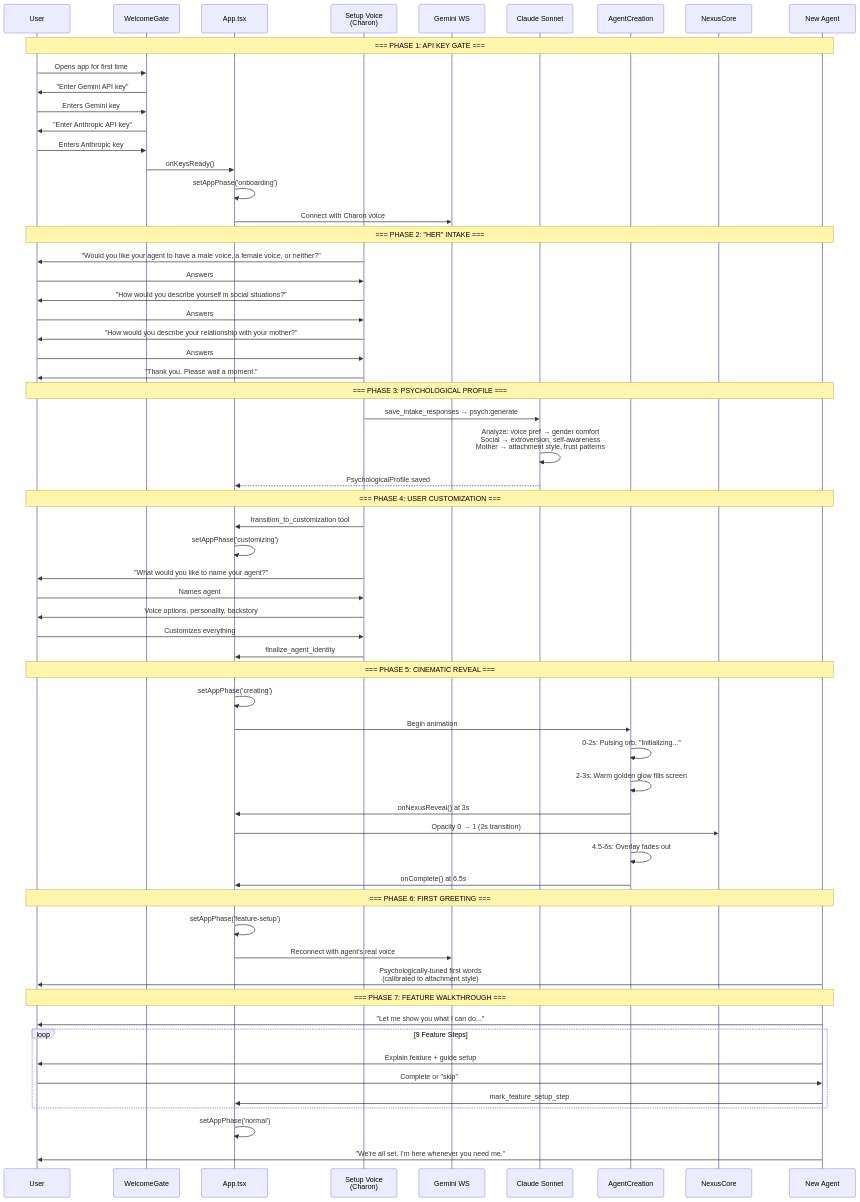
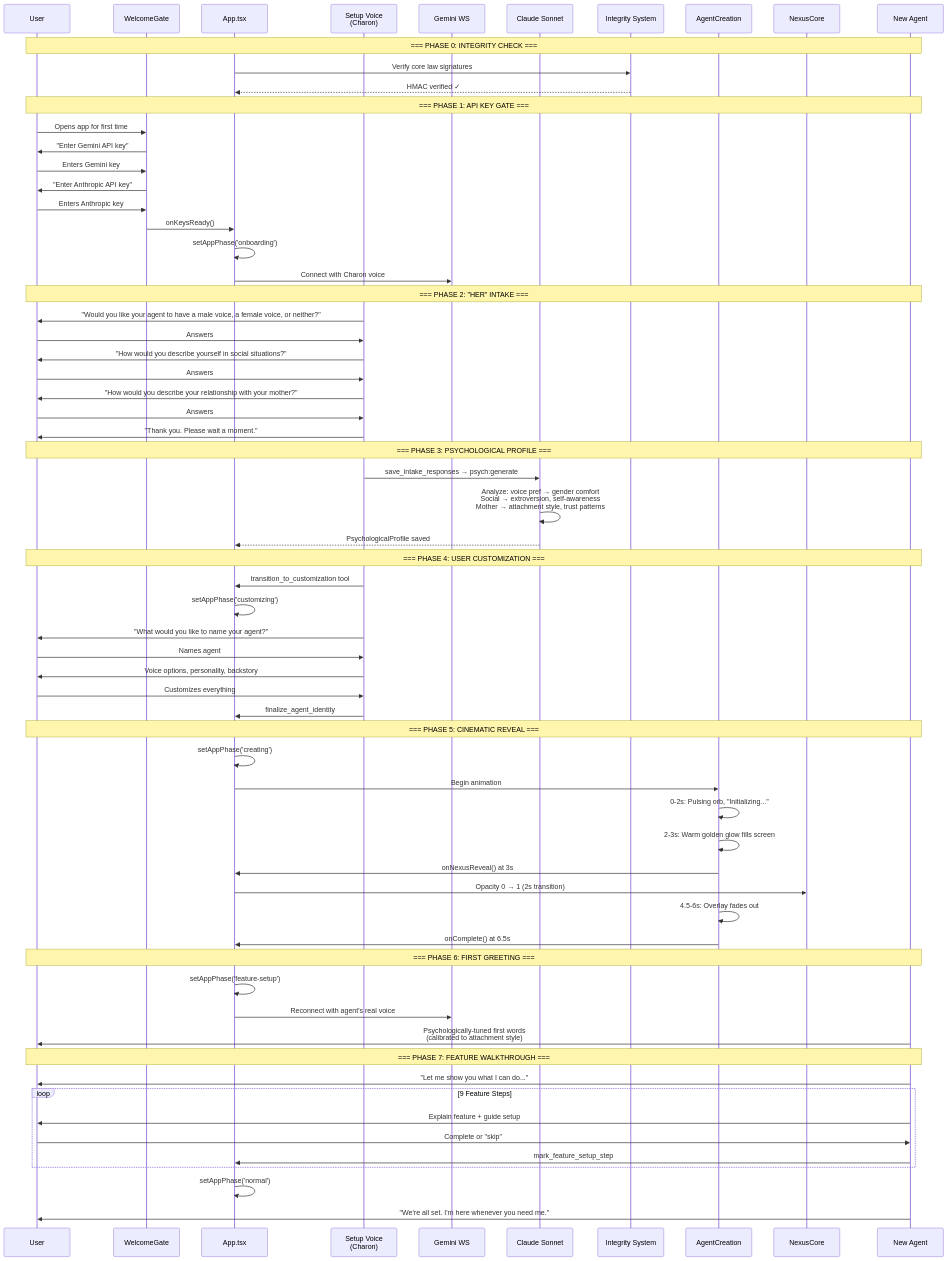
Before and after one commit to FutureSpeakAI/Agent-Friday: diagram 13 of 17 in ARCHITECTURE.md, drawn with Mermaid. The commit also changed other lines of this file and 1 other file, not shown here.

First line of the commit message:
Comprehensive documentation rewrite — README and ARCHITECTURE

```diff
--- a/ARCHITECTURE.md
+++ b/ARCHITECTURE.md
@@ -954,9 +1039,14 @@
     participant Setup as Setup Voice<br/>(Charon)
     participant Gemini as Gemini WS
     participant Claude as Claude Sonnet
+    participant Integrity as Integrity System
     participant Creation as AgentCreation
     participant Nexus as NexusCore
     participant Agent as New Agent
+
+    Note over User, Agent: === PHASE 0: INTEGRITY CHECK ===
+    App ->> Integrity: Verify core law signatures
+    Integrity -->> App: HMAC verified ✓
 
     Note over User, Agent: === PHASE 1: API KEY GATE ===
 
```
